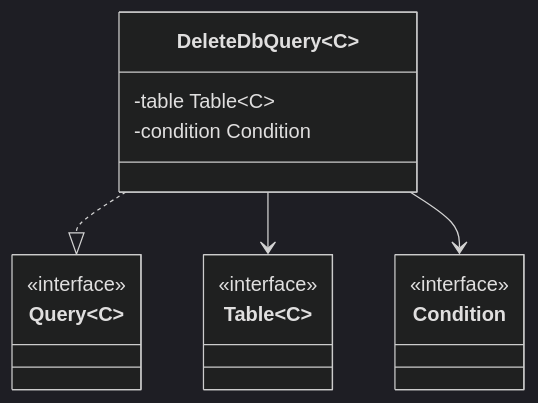
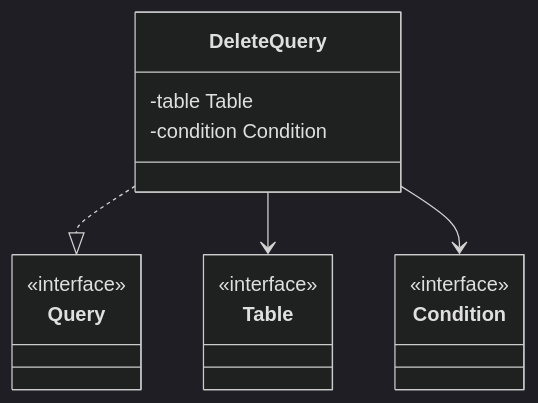
Before and after one commit to safarislava/QueryBricks: the tenth of 10 diagrams in docs/domain.md, drawn with Mermaid (dark theme). The commit also changed other lines of this file, not shown here.

Commit message:
docs: Remove schema

````diff
--- a/docs/domain.md
+++ b/docs/domain.md
@@ -325,22 +320,22 @@
 ```mermaid
 classDiagram
-    class Table~C~ {
+    class Table {
         <<interface>>
     }
 
-    class Query~C~ {
+    class Query {
         <<interface>>
     }
 
     class Condition {
         <<interface>>
     }
 
-    class DeleteDbQuery~C~ {
-        -table Table~C~
+    class DeleteQuery {
+        -table Table
         -condition Condition
     }
-    DeleteDbQuery ..|> Query
-    DeleteDbQuery --> Table
-    DeleteDbQuery --> Condition
+    DeleteQuery ..|> Query
+    DeleteQuery --> Table
+    DeleteQuery --> Condition
 ```
````
